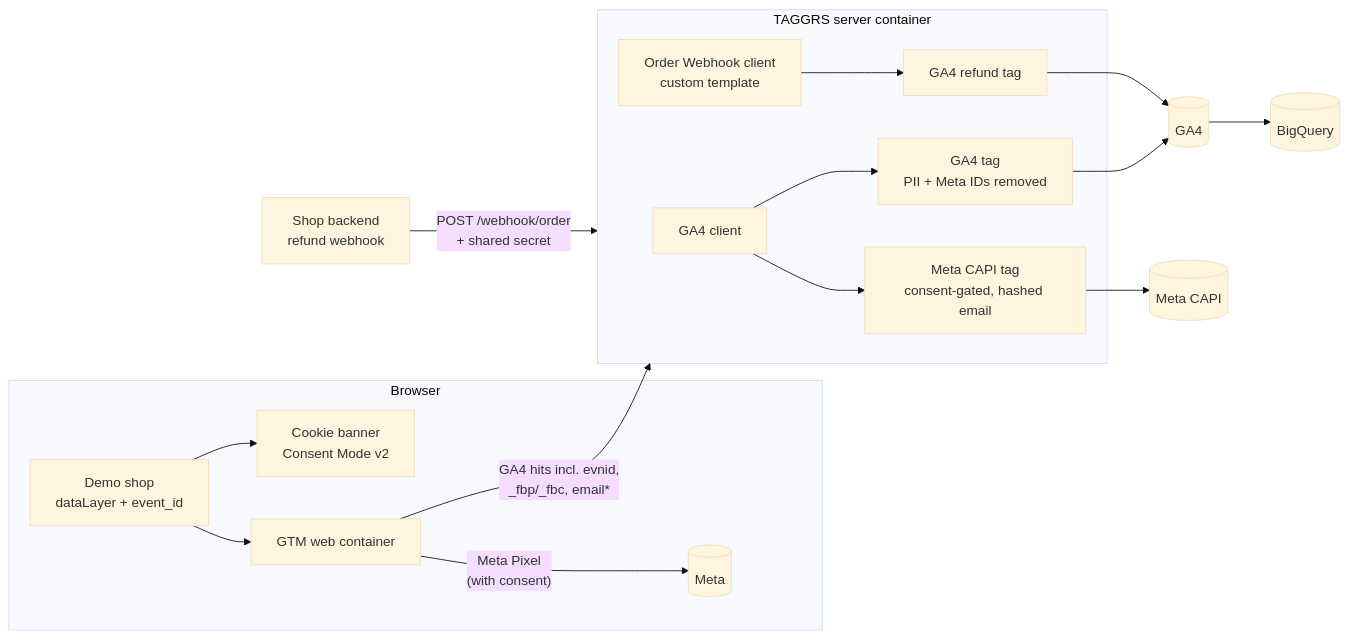
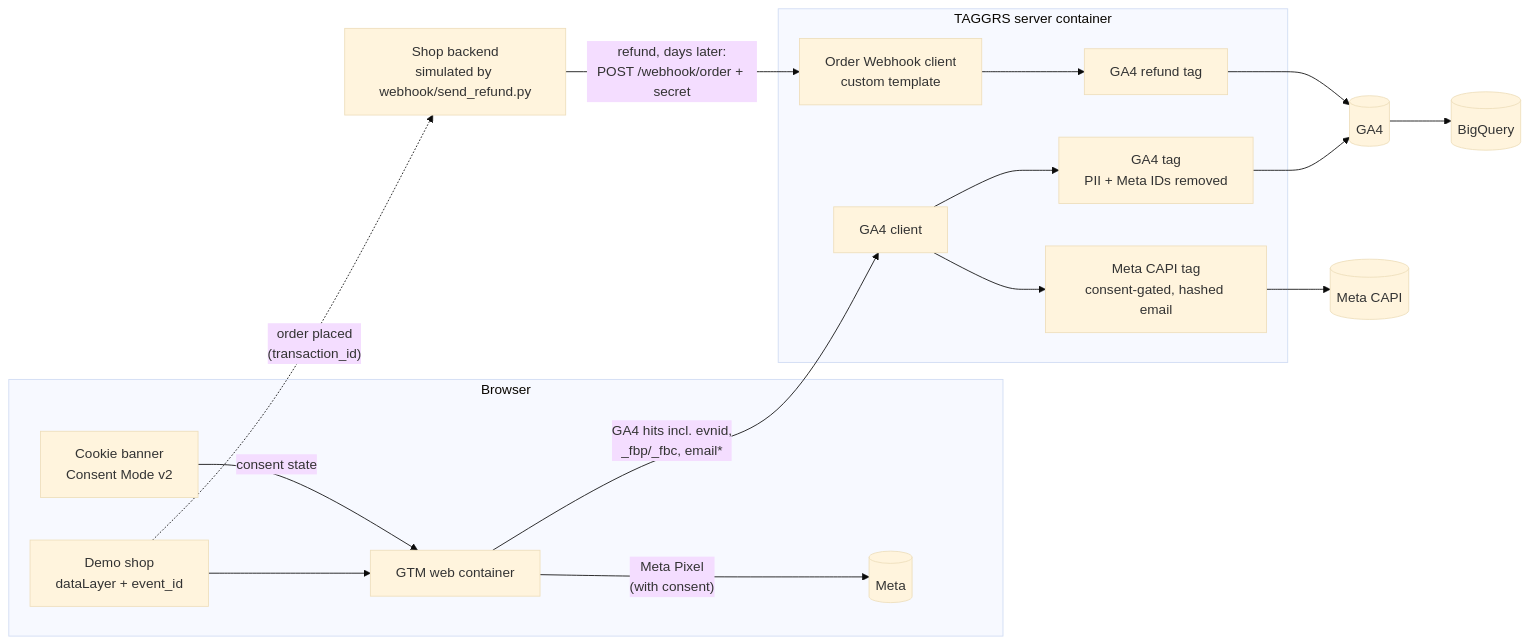
Before and after one commit to gaurav-1410/server-side-tracking: the diagram in README.md, drawn with Mermaid (base theme).

Commit message:
README updated

````diff
--- a/README.md
+++ b/README.md
@@ -22,18 +22,23 @@
 ```mermaid
 flowchart LR
     subgraph Browser
-        Shop[Demo shop<br/>dataLayer + event_id] --> CMP[Cookie banner<br/>Consent Mode v2]
-        Shop --> WebGTM[GTM web container]
-        WebGTM -- Meta Pixel<br/>(with consent) --> MetaB[(Meta)]
+        Shop["Demo shop<br/>dataLayer + event_id"]
+        CMP["Cookie banner<br/>Consent Mode v2"]
+        WebGTM["GTM web container"]
+        Shop --> WebGTM
+        CMP -- "consent state" --> WebGTM
+        WebGTM -- "Meta Pixel<br/>(with consent)" --> MetaB[("Meta")]
     end
-    WebGTM -- GA4 hits incl. evnid,<br/>_fbp/_fbc, email* --> SGTM
-    Backend[Shop backend<br/>refund webhook] -- POST /webhook/order<br/>+ shared secret --> SGTM
-    subgraph SGTM[TAGGRS server container]
-        GA4C[GA4 client] --> T1[GA4 tag<br/>PII + Meta IDs removed]
-        GA4C --> T2[Meta CAPI tag<br/>consent-gated, hashed email]
-        WH[Order Webhook client<br/>custom template] --> T3[GA4 refund tag]
+    Shop -. "order placed<br/>(transaction_id)" .-> Backend["Shop backend<br/>simulated by webhook/send_refund.py"]
+    WebGTM -- "GA4 hits incl. evnid,<br/>_fbp/_fbc, email*" --> GA4C
+    Backend -- "refund, days later:<br/>POST /webhook/order + secret" --> WH
+    subgraph SGTM["TAGGRS server container"]
+        GA4C["GA4 client"] --> T1["GA4 tag<br/>PII + Meta IDs removed"]
+        GA4C --> T2["Meta CAPI tag<br/>consent-gated, hashed email"]
+        WH["Order Webhook client<br/>custom template"] --> T3["GA4 refund tag"]
     end
-    T1 --> GA4[(GA4)] --> BQ[(BigQuery)]
+    T1 --> GA4[("GA4")]
     T3 --> GA4
-    T2 --> MetaS[(Meta CAPI)]
+    GA4 --> BQ[("BigQuery")]
+    T2 --> MetaS[("Meta CAPI")]
 ```
````
